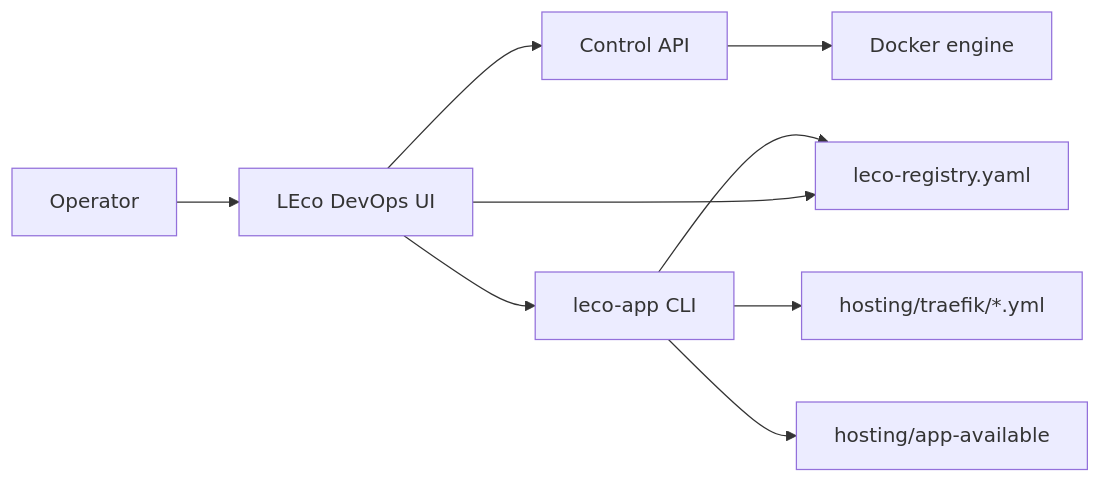
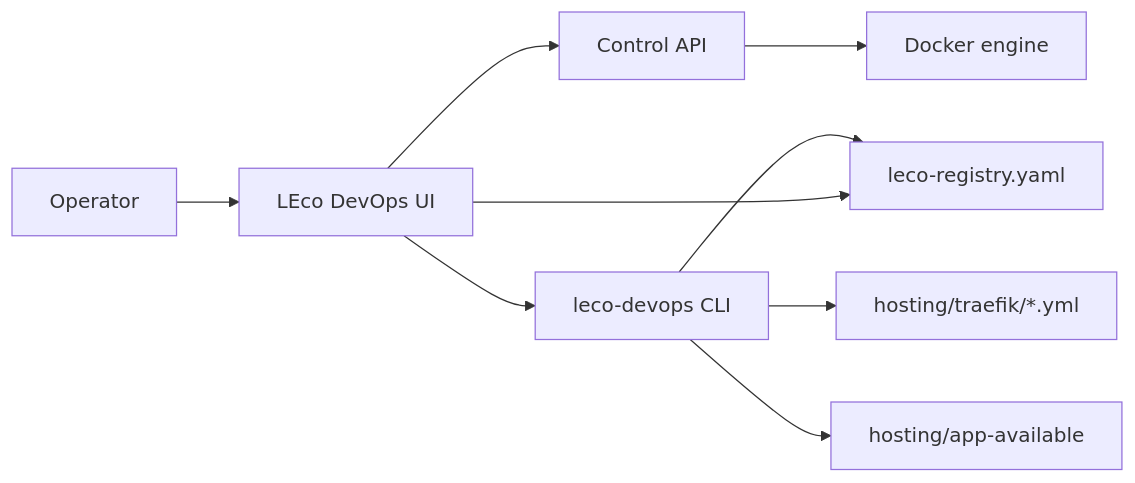
Before and after one commit to leco-devops/local-ecosystem: the first of 2 diagrams in docs/HLD.md, drawn with Mermaid. The commit also changed 110 other files, not shown here.

````diff
--- a/docs/HLD.md
+++ b/docs/HLD.md
@@ -25,20 +25,20 @@
 ```mermaid
 flowchart LR
   User["Operator"]
   Ui["LEco DevOps UI"]
   Control["Control API"]
-  Cli["leco-app CLI"]
+  Cli["leco-devops CLI"]
   Registry["leco-registry.yaml"]
   Traefik["hosting/traefik/*.yml"]
   Docker["Docker engine"]
   Hosted["hosting/app-available"]
 
   User --> Ui
   Ui --> Control
   Control --> Docker
   Ui --> Cli
   Cli --> Registry
   Cli --> Traefik
   Cli --> Hosted
   Ui --> Registry
 ```
````
